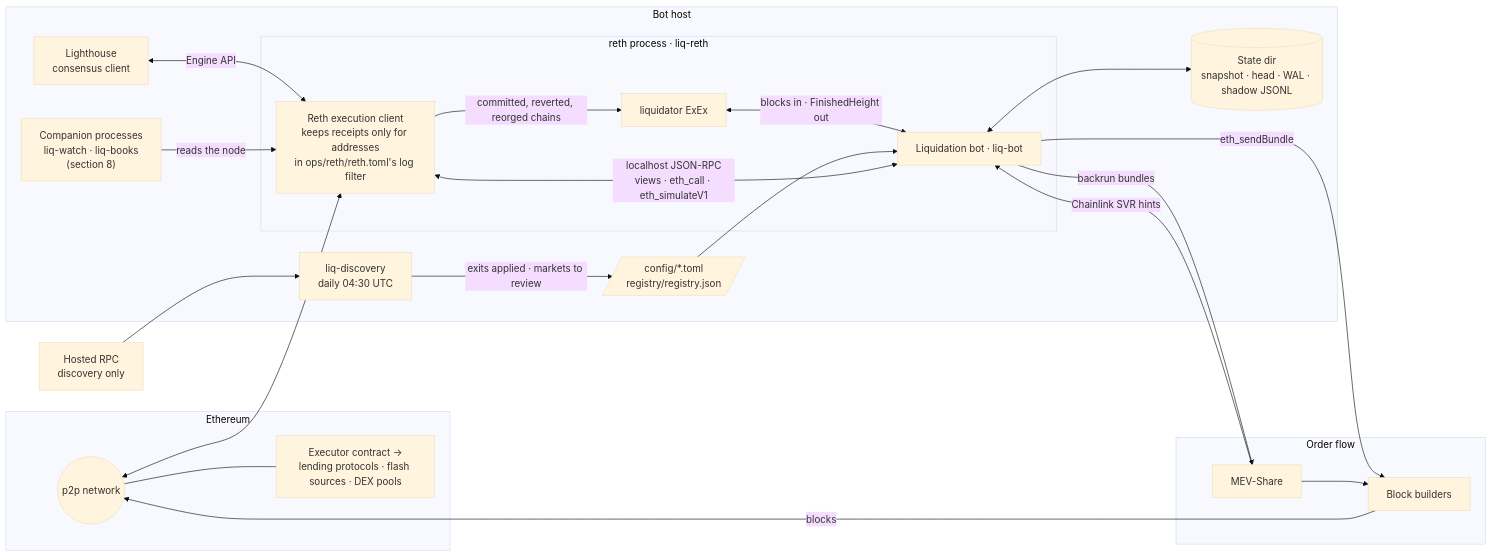
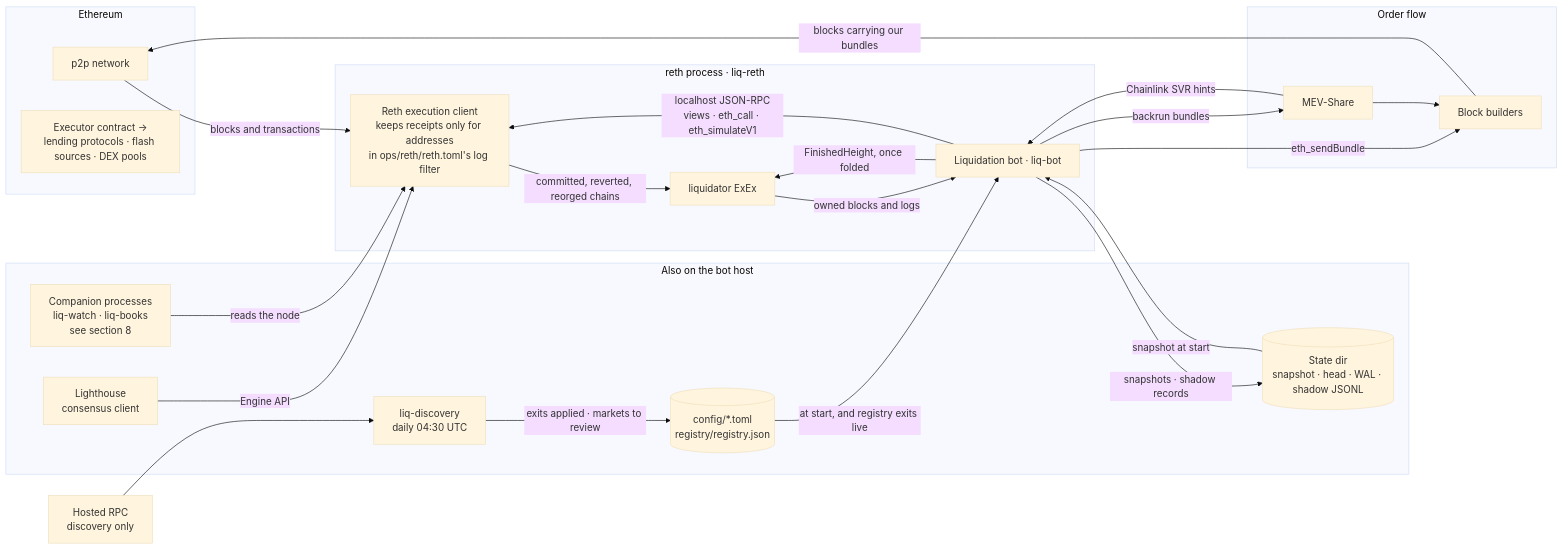
The first of 9 diagrams in README.md (appCryptoCrucible/liquidation), drawn with Mermaid (base theme) before and after one commit.

Commit message:
Rebuild the README overview diagram from the constructs the other eight use, so GitHub renders it.
It was the only diagram with a parallelogram node, a circle node, two-way
arrows, a plain link and a nested subgraph, and the only one GitHub would
not render (every local Mermaid release from 9.4 to 11 drew it). Two-way
arrows are now labeled one-way pairs and the nested group is flattened;
the content is unchanged.

````diff
--- a/README.md
+++ b/README.md
@@ -37,43 +37,46 @@
 ```mermaid
 flowchart LR
     subgraph eth["Ethereum"]
-        P2P(("p2p network"))
+        P2P["p2p network"]
         CHAIN["Executor contract →<br/>lending protocols · flash sources · DEX pools"]
     end
 
-    subgraph host["Bot host"]
+    subgraph proc["reth process · liq-reth"]
+        RETH["Reth execution client<br/>keeps receipts only for addresses<br/>in ops/reth/reth.toml's log filter"]
+        EXEX["liquidator ExEx"]
+        BOT["Liquidation bot · liq-bot"]
+    end
+
+    subgraph host["Also on the bot host"]
         LH["Lighthouse<br/>consensus client"]
-        subgraph proc["reth process · liq-reth"]
-            RETH["Reth execution client<br/>keeps receipts only for addresses<br/>in ops/reth/reth.toml's log filter"]
-            EXEX["liquidator ExEx"]
-            BOT["Liquidation bot · liq-bot"]
-        end
         STATE[("State dir<br/>snapshot · head · WAL · shadow JSONL")]
-        CFG[/"config/*.toml<br/>registry/registry.json"/]
+        CFG[("config/*.toml<br/>registry/registry.json")]
         DISC["liq-discovery<br/>daily 04:30 UTC"]
-        COMP["Companion processes<br/>liq-watch · liq-books<br/>(section 8)"]
+        COMP["Companion processes<br/>liq-watch · liq-books<br/>see section 8"]
     end
 
     subgraph flow["Order flow"]
         MEVS["MEV-Share"]
         BUILDERS["Block builders"]
     end
+
     HOSTED["Hosted RPC<br/>discovery only"]
 
-    P2P <--> RETH
-    LH <-->|Engine API| RETH
+    P2P -->|"blocks and transactions"| RETH
+    LH -->|"Engine API"| RETH
     RETH -->|"committed, reverted, reorged chains"| EXEX
-    EXEX <-->|"blocks in · FinishedHeight out"| BOT
-    BOT <-->|"localhost JSON-RPC<br/>views · eth_call · eth_simulateV1"| RETH
-    BOT <--> STATE
-    CFG --> BOT
+    EXEX -->|"owned blocks and logs"| BOT
+    BOT -->|"FinishedHeight, once folded"| EXEX
+    BOT -->|"localhost JSON-RPC<br/>views · eth_call · eth_simulateV1"| RETH
+    STATE -->|"snapshot at start"| BOT
+    BOT -->|"snapshots · shadow records"| STATE
+    CFG -->|"at start, and registry exits live"| BOT
     MEVS -->|"Chainlink SVR hints"| BOT
     BOT -->|"backrun bundles"| MEVS
     BOT -->|"eth_sendBundle"| BUILDERS
     MEVS --> BUILDERS
-    BUILDERS -->|"blocks"| P2P
-    P2P --- CHAIN
+    BUILDERS -->|"blocks carrying our bundles"| P2P
     HOSTED --> DISC
     DISC -->|"exits applied · markets to review"| CFG
     COMP -->|"reads the node"| RETH
 ```
````
